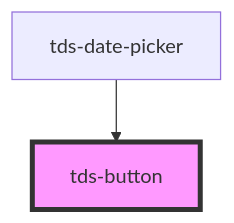
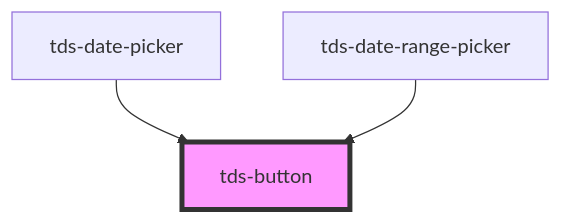
One commit to scania-digital-design-system/tegel changed the diagram in packages/core/src/components/button/readme.md. Above: the diagram before and after it, drawn with Mermaid. The commit also changed other lines of this file and 17 other files, not shown here.

````diff
--- a/packages/core/src/components/button/readme.md
+++ b/packages/core/src/components/button/readme.md
@@ -36,5 +37,6 @@
 ```mermaid
 graph TD;
   tds-date-picker --> tds-button
+  tds-date-range-picker --> tds-button
   style tds-button fill:#f9f,stroke:#333,stroke-width:4px
 ```
````
